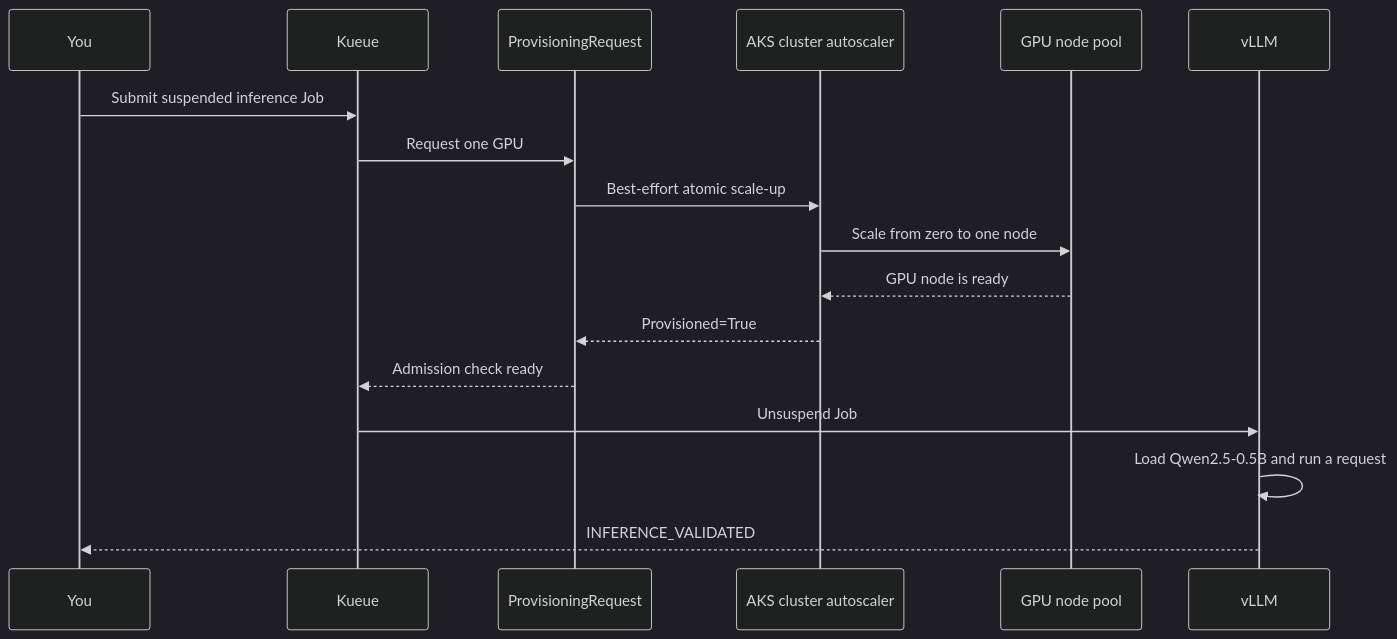
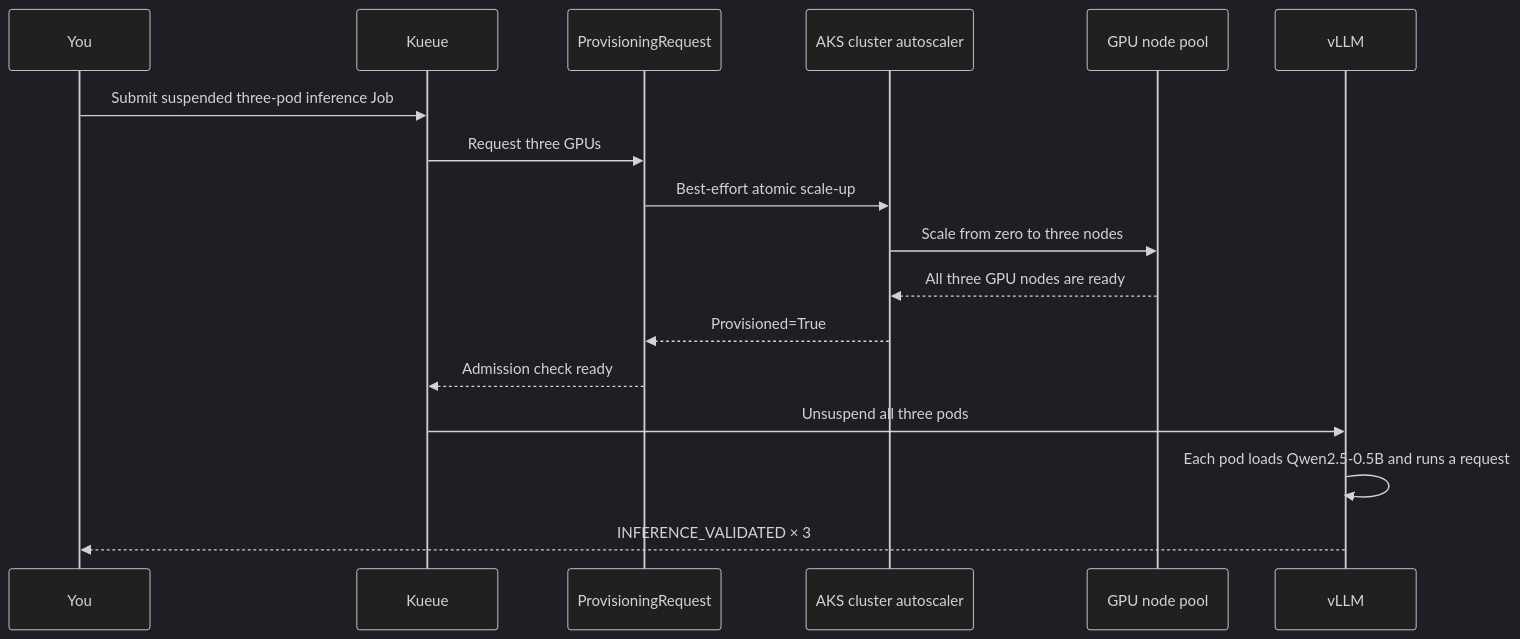
The diagram in examples/end-to-end-AI-codelabs/kueue-gpu-inference-autoscaling/README.md (Azure/AKS), drawn with Mermaid (dark theme) before and after one commit. The commit also changed other lines of this file and 12 other files, not shown here.

Commit message:
docs(examples): align codelab with validated three-GPU flow

````diff
--- a/examples/end-to-end-AI-codelabs/kueue-gpu-inference-autoscaling/README.md
+++ b/examples/end-to-end-AI-codelabs/kueue-gpu-inference-autoscaling/README.md
@@ -9,20 +9,20 @@
 ```mermaid
 sequenceDiagram
     participant You
     participant Kueue
     participant PR as ProvisioningRequest
     participant CAS as AKS cluster autoscaler
     participant GPU as GPU node pool
     participant vLLM
 
-    You->>Kueue: Submit suspended inference Job
-    Kueue->>PR: Request one GPU
+    You->>Kueue: Submit suspended three-pod inference Job
+    Kueue->>PR: Request three GPUs
     PR->>CAS: Best-effort atomic scale-up
-    CAS->>GPU: Scale from zero to one node
-    GPU-->>CAS: GPU node is ready
+    CAS->>GPU: Scale from zero to three nodes
+    GPU-->>CAS: All three GPU nodes are ready
     CAS-->>PR: Provisioned=True
     PR-->>Kueue: Admission check ready
-    Kueue->>vLLM: Unsuspend Job
-    vLLM->>vLLM: Load Qwen2.5-0.5B and run a request
-    vLLM-->>You: INFERENCE_VALIDATED
+    Kueue->>vLLM: Unsuspend all three pods
+    vLLM->>vLLM: Each pod loads Qwen2.5-0.5B and runs a request
+    vLLM-->>You: INFERENCE_VALIDATED × 3
 ```
````
